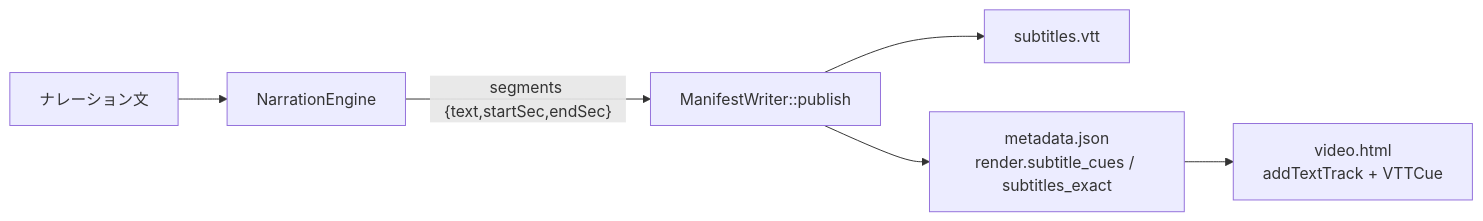
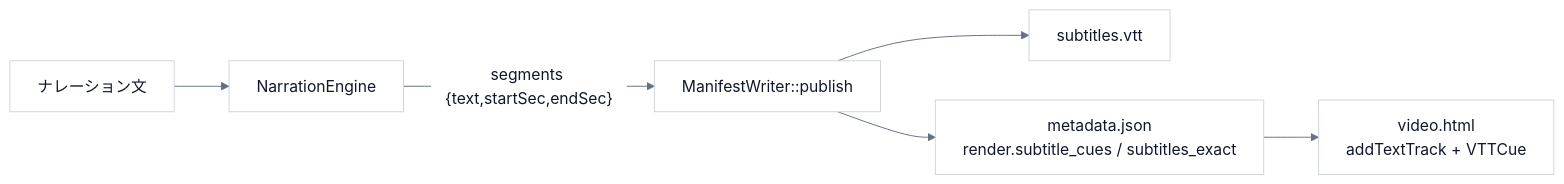
One commit to manato1201/RAGReel changed the diagram in docs/learn/06-narration.md. Above: the diagram before and after it, drawn with Mermaid. The commit also changed 24 other files, not shown here.

First line of the commit message:
図を 6 枚から 10 枚にし(生成の流れ・入力の分岐・エンジンの構成・output の中身)、README を入口として整理する

````diff
--- a/docs/learn/06-narration.md
+++ b/docs/learn/06-narration.md
@@ -56,8 +56,9 @@
 ```mermaid
+%%{init: {"theme":"base","fontFamily":"Noto Sans JP, Hiragino Sans, Meiryo, sans-serif","themeVariables":{"fontFamily":"Noto Sans JP, Hiragino Sans, Meiryo, sans-serif","primaryColor":"#ffffff","primaryBorderColor":"#d0d5dd","primaryTextColor":"#101828","lineColor":"#667085","clusterBkg":"#f2f4f7","clusterBorder":"#d0d5dd","edgeLabelBackground":"#ffffff"},"flowchart":{"wrappingWidth":480,"nodeSpacing":40,"rankSpacing":56,"padding":14},"sequence":{"mirrorActors":false,"wrap":false,"width":150,"actorMargin":30,"messageMargin":34}}}%%
 flowchart LR
     T["ナレーション文"] --> N["NarrationEngine"]
     N -->|"segments {text,startSec,endSec}"| W["ManifestWriter::publish"]
     W --> V["subtitles.vtt"]
     W --> J["metadata.json<br/>render.subtitle_cues / subtitles_exact"]
     J --> P["video.html<br/>addTextTrack + VTTCue"]
 ```
````
